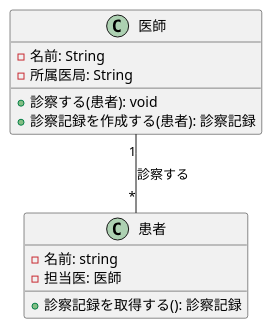
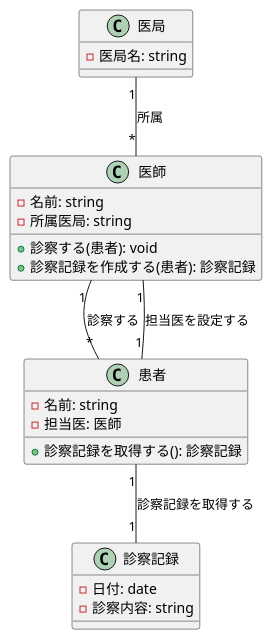
One commit to Sreia1129/uml-introduction changed the diagram in 3章/演習3-2_CL_医師と患者と医局と診療記録.pu. Above: the diagram before and after it, drawn with PlantUML. The commit also changed 2 other files, not shown here.

```diff
--- a/3章/演習3-2_CL_医師と患者と医局と診療記録.pu
+++ b/3章/演習3-2_CL_医師と患者と医局と診療記録.pu
@@ -1,17 +1,27 @@
 @startuml 診療記録
+class 医局 {
+  - 医局名: string
+}
 class 医師 {
-  - 名前: String
-  - 所属医局: String
+  - 名前: string
+  - 所属医局: string
   + 診察する(患者): void
   + 診察記録を作成する(患者): 診察記録
 }
 
 class 患者 {
   - 名前: string
   - 担当医: 医師
   + 診察記録を取得する(): 診察記録
 }
 
+class 診察記録 {
+  - 日付: date
+  - 診察内容: string
+}
 
+医局 "1" -- "*" 医師: 所属
 医師 "1" -- "*" 患者: 診察する
+患者 "1" -- "1" 医師: 担当医を設定する
+患者 "1" -- "1" 診察記録: 診察記録を取得する
 @enduml
```
